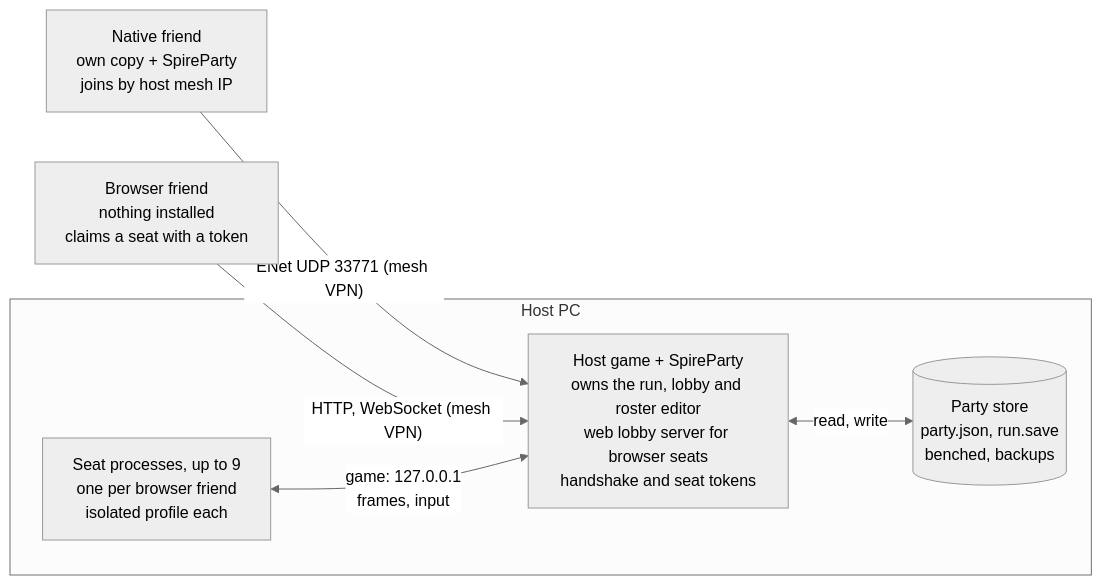
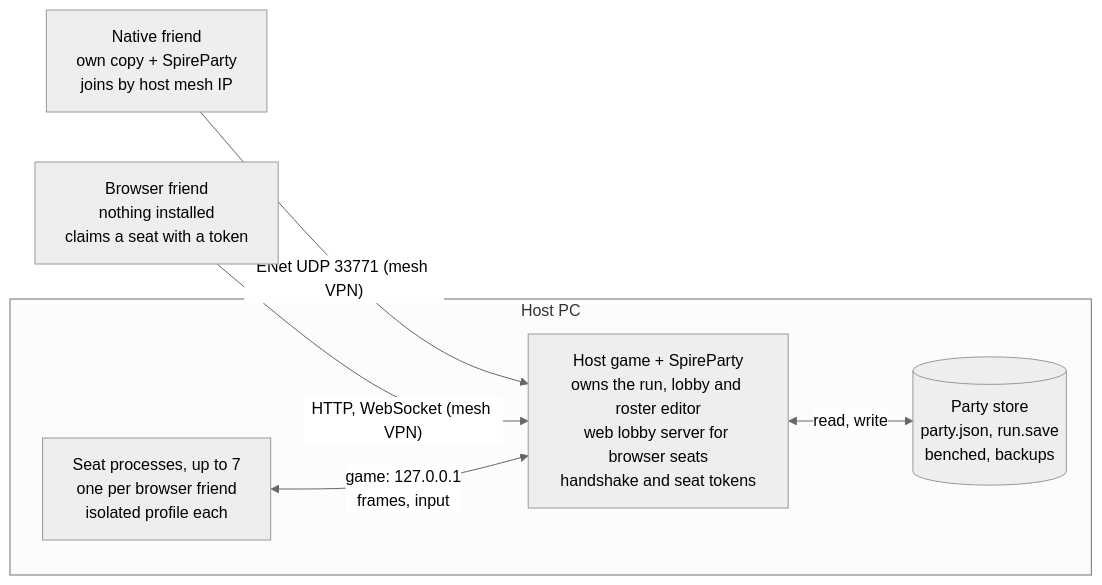
Before and after one commit to sohamsaha99/SpireParty: the diagram in docs/DESIGN.md, drawn with Mermaid (neutral theme). The commit also changed other lines of this file and 14 other files, not shown here.

````diff
--- a/docs/DESIGN.md
+++ b/docs/DESIGN.md
@@ -54,14 +54,14 @@
 ```mermaid
 flowchart LR
   NF["Native friend<br/>own copy + SpireParty<br/>joins by host mesh IP"]
   BF["Browser friend<br/>nothing installed<br/>claims a seat with a token"]
   subgraph HOST["Host PC"]
     HG["Host game + SpireParty<br/>owns the run, lobby and roster editor<br/>web lobby server for browser seats<br/>handshake and seat tokens"]
-    SP["Seat processes, up to 9<br/>one per browser friend<br/>isolated profile each"]
+    SP["Seat processes, up to 7<br/>one per browser friend<br/>isolated profile each"]
     PS[("Party store<br/>party.json, run.save<br/>benched, backups")]
   end
   NF -- "ENet UDP 33771 (mesh VPN)" --> HG
   BF -- "HTTP, WebSocket (mesh VPN)" --> HG
   SP <-- "game: 127.0.0.1<br/>frames, input" --> HG
   HG <-- "read, write" --> PS
 ```
````
